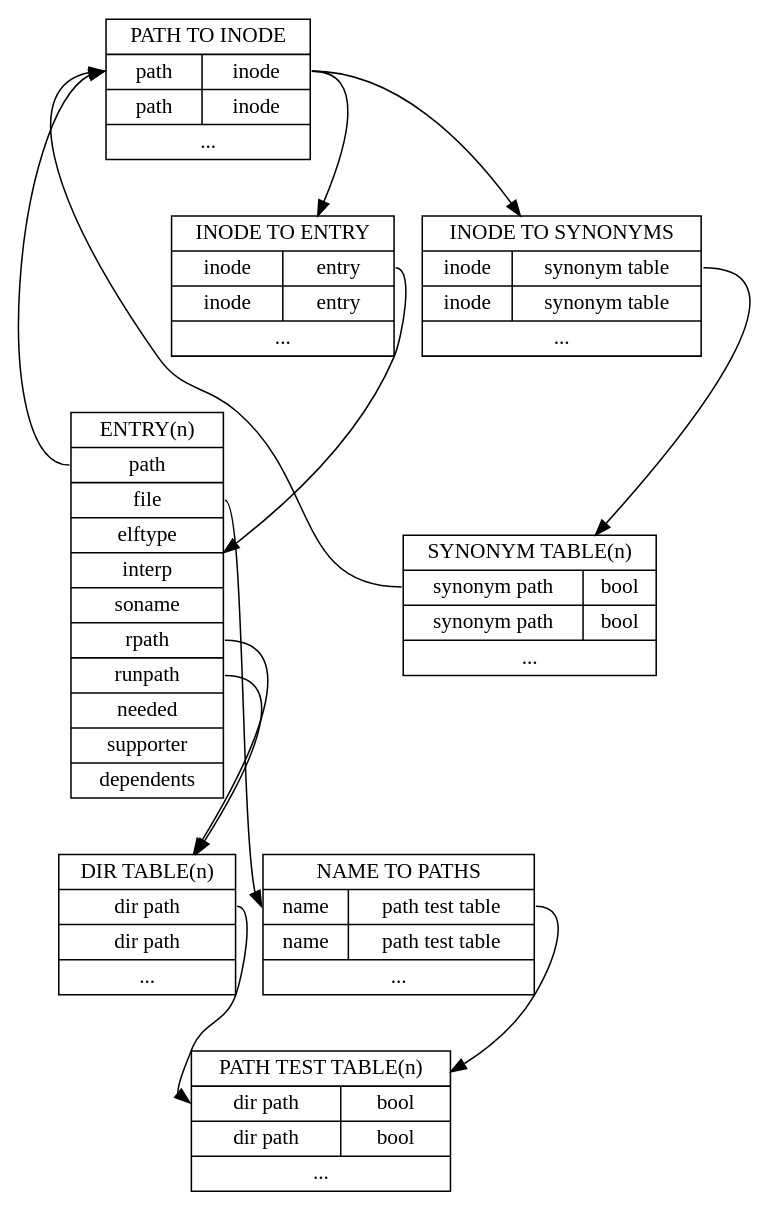
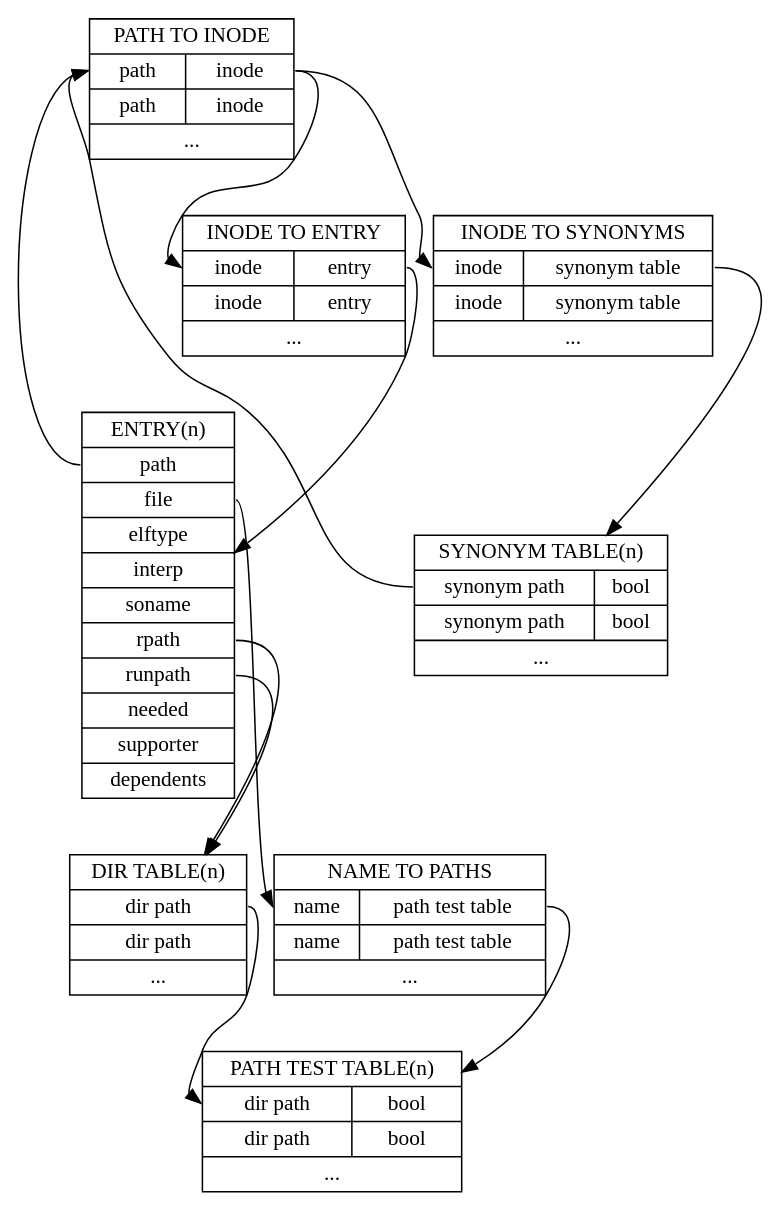
One commit to caoliver/dltool changed the diagram in objects.gv. Above: the diagram before and after it, drawn with Graphviz. The commit also changed 1 other file, not shown here.

```diff
--- a/objects.gv
+++ b/objects.gv
@@ -1,36 +1,36 @@
 digraph dlset {
 page="8.5,11.0"
 size="7,10"
 center=1
 
 	pathtoinode [shape=record,
 		     label="{PATH TO INODE|{<path>path|<inode>inode}|{path|inode}|...}"];
 	
 	inodetoentry [shape=record,
-		      label="{INODE TO ENTRY|{inode|<entry>entry}|{inode|entry}|...}"];
+		      label="{INODE TO ENTRY|{<inode>inode|<entry>entry}|{inode|entry}|...}"];
 	
 	inodetosynonyms [shape=record,
-			 label="{INODE TO SYNONYMS|{inode|<synonymtable>synonym table}|{inode|synonym table}|...}"];
+			 label="{INODE TO SYNONYMS|{<inode>inode|<synonymtable>synonym table}|{inode|synonym table}|...}"];
 	
 	synonymtable [shape=record,
 		      label="{SYNONYM TABLE(n)|{<synonym>synonym path|bool}|{synonym path|bool}|...}"];
 	nametopaths [shape=record,
 		     label="{NAME TO PATHS|{<name>name|<pathtesttable>path test table}|{name|path test table}|...}"];
 	pathtesttable [shape=record,
 		   label="{PATH TEST TABLE(n)|{<dirpath>dir path|bool}|{dir path|bool}|...}"]
 	entry [shape=record,
 	       label="{ENTRY(n)|<path>path|<file>file|elftype|interp|soname|<rpath>rpath|<runpath>runpath|needed|supporter|dependents}"];
 	dirtable [shape=record,
 		  label="{DIR TABLE(n)|<dirpath>dir path|dir path|...}"];
 	entry:rpath->dirtable;
 	entry:runpath->dirtable;
-	pathtoinode:inode->inodetoentry;
-	pathtoinode:inode->inodetosynonyms;
+	pathtoinode:inode->inodetoentry:inode;
+	pathtoinode:inode->inodetosynonyms:inode;
 	inodetosynonyms:synonymtable->synonymtable;
 	synonymtable:synonym->pathtoinode:path;
 	inodetoentry:entry->entry;
 	entry:path->pathtoinode:path;
 	entry:file->nametopaths:name;
 	nametopaths:pathtesttable->pathtesttable;
 	dirtable:dirpath->pathtesttable:dirpath
 	}
```
